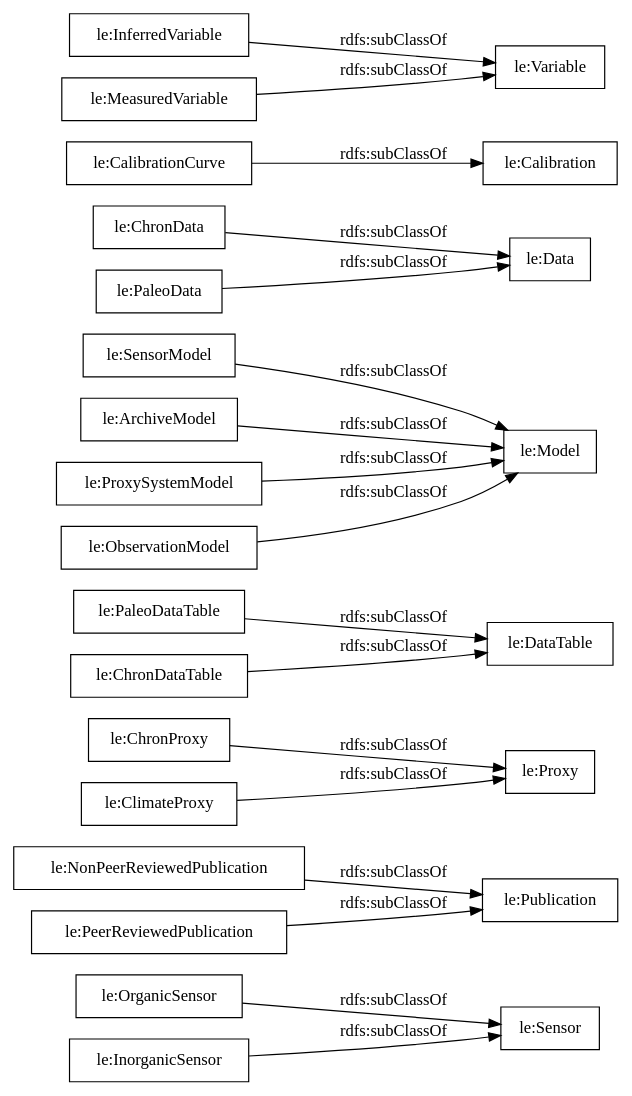
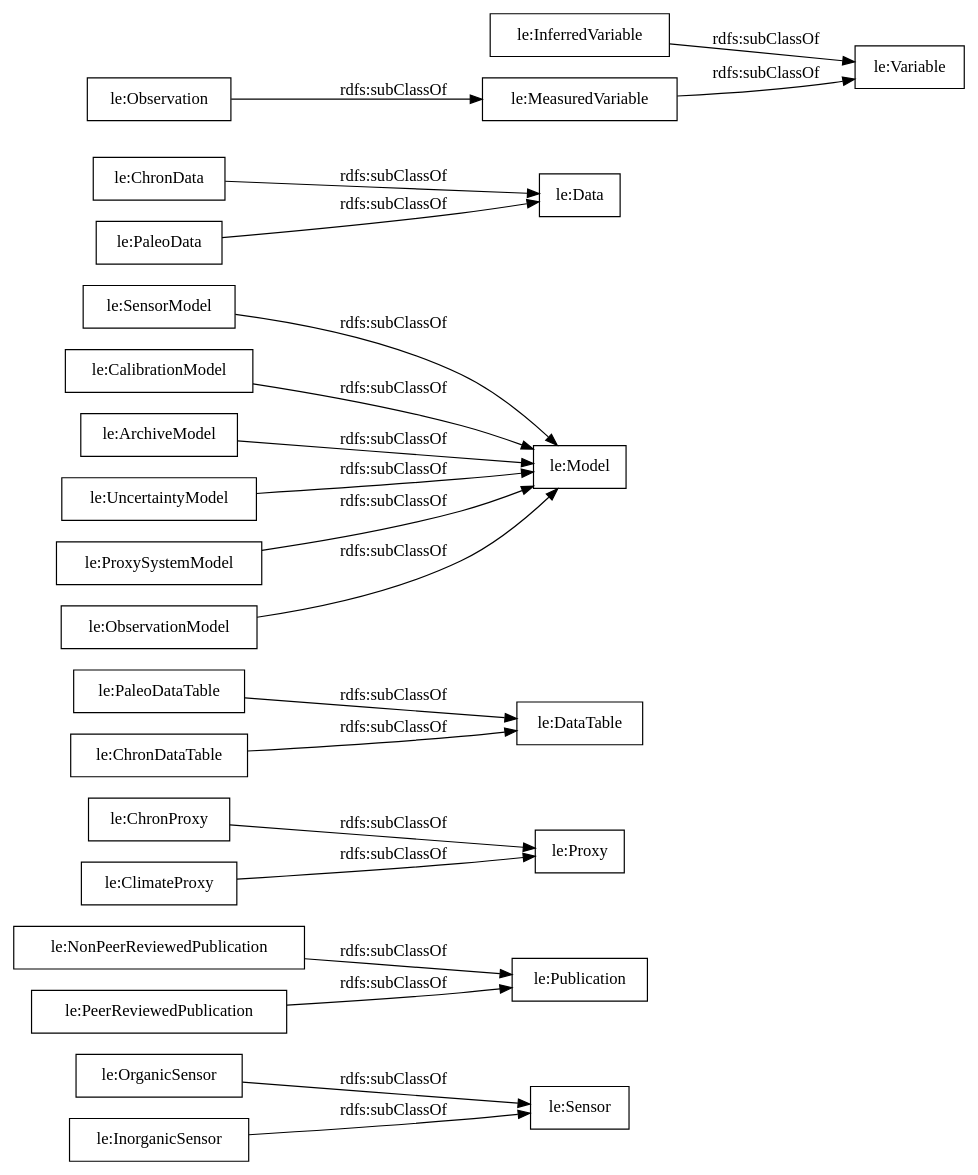
One commit to dgarijo/Ontology changed the diagram in OnToology/ontology.owl/diagrams/ar2dtool-taxonomy/ontology.owl.png.dot. Above: the diagram before and after it, drawn with Graphviz. The commit also changed 24 other files, not shown here.

```diff
--- a/OnToology/ontology.owl/diagrams/ar2dtool-taxonomy/ontology.owl.png.dot
+++ b/OnToology/ontology.owl/diagrams/ar2dtool-taxonomy/ontology.owl.png.dot
@@ -1,23 +1,25 @@
 digraph ar2dtool_diagram { 
 rankdir=LR;
 size="1000"
-node [shape = rectangle, color="black"]; "le:Sensor" "le:Publication" "le:ChronProxy" "le:DataTable" "le:Model" "le:Data" "le:PaleoDataTable" "le:OrganicSensor" "le:SensorModel" "le:CalibrationCurve" "le:Calibration" "le:InferredVariable" "le:ChronData" "le:NonPeerReviewedPublication" "le:ArchiveModel" "le:MeasuredVariable" "le:Proxy" "le:ClimateProxy" "le:ProxySystemModel" "le:ObservationModel" "le:InorganicSensor" "le:ChronDataTable" "le:PaleoData" "le:Variable" "le:PeerReviewedPublication" ; /*classes style*/
+node [shape = rectangle, color="black"]; "le:Sensor" "le:Publication" "le:ChronProxy" "le:DataTable" "le:Model" "le:Data" "le:PaleoDataTable" "le:OrganicSensor" "le:SensorModel" "le:InferredVariable" "le:ChronData" "le:CalibrationModel" "le:NonPeerReviewedPublication" "le:ArchiveModel" "le:UncertaintyModel" "le:MeasuredVariable" "le:Proxy" "le:ClimateProxy" "le:ProxySystemModel" "le:ObservationModel" "le:Observation" "le:InorganicSensor" "le:ChronDataTable" "le:PaleoData" "le:Variable" "le:PeerReviewedPublication" ; /*classes style*/
+	"le:ObservationModel" -> "le:Model" [ label = "rdfs:subClassOf" ];
+	"le:PaleoDataTable" -> "le:DataTable" [ label = "rdfs:subClassOf" ];
+	"le:PaleoData" -> "le:Data" [ label = "rdfs:subClassOf" ];
+	"le:ClimateProxy" -> "le:Proxy" [ label = "rdfs:subClassOf" ];
+	"le:InorganicSensor" -> "le:Sensor" [ label = "rdfs:subClassOf" ];
+	"le:OrganicSensor" -> "le:Sensor" [ label = "rdfs:subClassOf" ];
+	"le:UncertaintyModel" -> "le:Model" [ label = "rdfs:subClassOf" ];
+	"le:NonPeerReviewedPublication" -> "le:Publication" [ label = "rdfs:subClassOf" ];
+	"le:SensorModel" -> "le:Model" [ label = "rdfs:subClassOf" ];
+	"le:Observation" -> "le:MeasuredVariable" [ label = "rdfs:subClassOf" ];
+	"le:ChronDataTable" -> "le:DataTable" [ label = "rdfs:subClassOf" ];
+	"le:ChronData" -> "le:Data" [ label = "rdfs:subClassOf" ];
 	"le:PeerReviewedPublication" -> "le:Publication" [ label = "rdfs:subClassOf" ];
+	"le:InferredVariable" -> "le:Variable" [ label = "rdfs:subClassOf" ];
+	"le:ProxySystemModel" -> "le:Model" [ label = "rdfs:subClassOf" ];
 	"le:MeasuredVariable" -> "le:Variable" [ label = "rdfs:subClassOf" ];
-	"le:ClimateProxy" -> "le:Proxy" [ label = "rdfs:subClassOf" ];
-	"le:CalibrationCurve" -> "le:Calibration" [ label = "rdfs:subClassOf" ];
-	"le:InferredVariable" -> "le:Variable" [ label = "rdfs:subClassOf" ];
-	"le:PaleoData" -> "le:Data" [ label = "rdfs:subClassOf" ];
 	"le:ArchiveModel" -> "le:Model" [ label = "rdfs:subClassOf" ];
-	"le:SensorModel" -> "le:Model" [ label = "rdfs:subClassOf" ];
+	"le:CalibrationModel" -> "le:Model" [ label = "rdfs:subClassOf" ];
 	"le:ChronProxy" -> "le:Proxy" [ label = "rdfs:subClassOf" ];
-	"le:ChronDataTable" -> "le:DataTable" [ label = "rdfs:subClassOf" ];
-	"le:PaleoDataTable" -> "le:DataTable" [ label = "rdfs:subClassOf" ];
-	"le:InorganicSensor" -> "le:Sensor" [ label = "rdfs:subClassOf" ];
-	"le:NonPeerReviewedPublication" -> "le:Publication" [ label = "rdfs:subClassOf" ];
-	"le:ProxySystemModel" -> "le:Model" [ label = "rdfs:subClassOf" ];
-	"le:ObservationModel" -> "le:Model" [ label = "rdfs:subClassOf" ];
-	"le:OrganicSensor" -> "le:Sensor" [ label = "rdfs:subClassOf" ];
-	"le:ChronData" -> "le:Data" [ label = "rdfs:subClassOf" ];
 
 }
```
